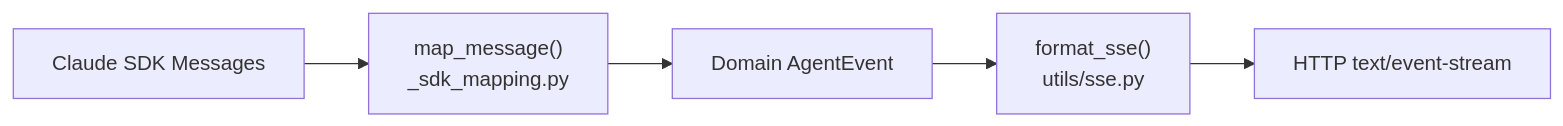
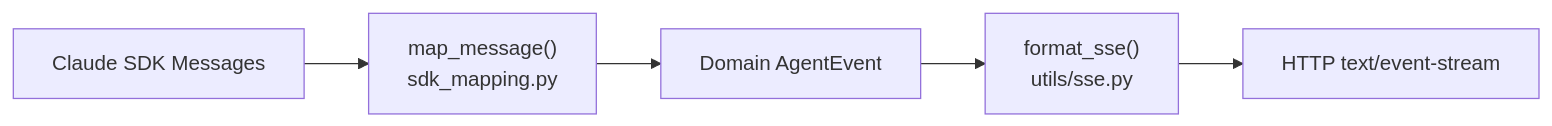
One commit to YalDan/kodezart changed the fifth of 5 diagrams in docs/architecture.md. Above: the diagram before and after it, drawn with Mermaid. The commit also changed other lines of this file and 1000 other files, not shown here.

````diff
--- a/docs/architecture.md
+++ b/docs/architecture.md
@@ -240,7 +1003,7 @@
 ```mermaid
 graph LR
-    SDK["Claude SDK Messages"] --> Map["map_message()<br/>_sdk_mapping.py"]
+    SDK["Claude SDK Messages"] --> Map["map_message()<br/>sdk_mapping.py"]
     Map --> Domain["Domain AgentEvent"]
     Domain --> SSE["format_sse()<br/>utils/sse.py"]
     SSE --> HTTP["HTTP text/event-stream"]
 ```
````
